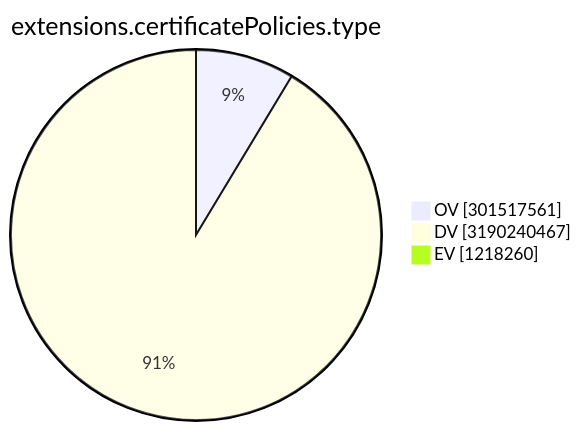
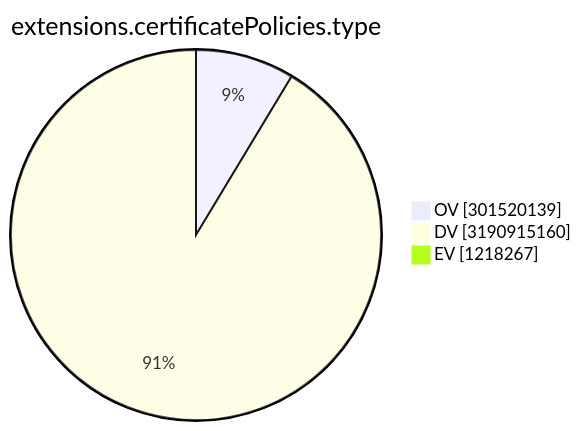
Before and after one commit to christiankrug/ctmonitor_visualization: the ninth of 15 diagrams in TOTAL/README.md, drawn with Mermaid. The commit also changed other lines of this file, not shown here.

````diff
--- a/TOTAL/README.md
+++ b/TOTAL/README.md
@@ -3106,7 +3106,7 @@
 ```mermaid
 pie showData
 title extensions.certificatePolicies.type
-"OV" :301517561
-"DV" :3190240467
-"EV" :1218260
+"OV" :301520139
+"DV" :3190915160
+"EV" :1218267
 ```
````
